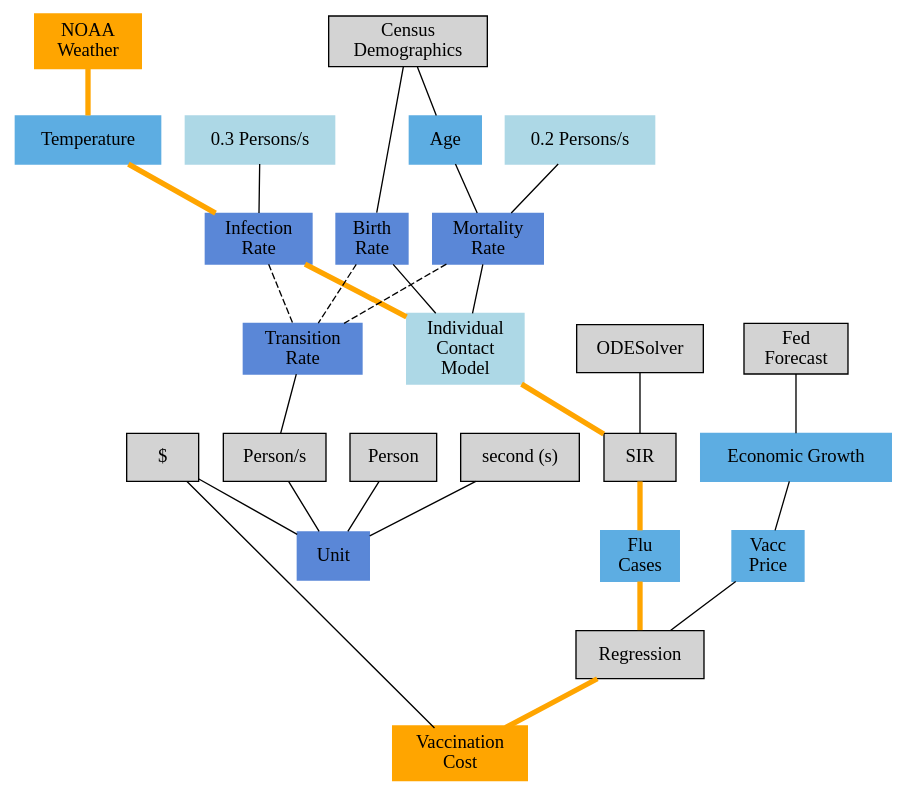
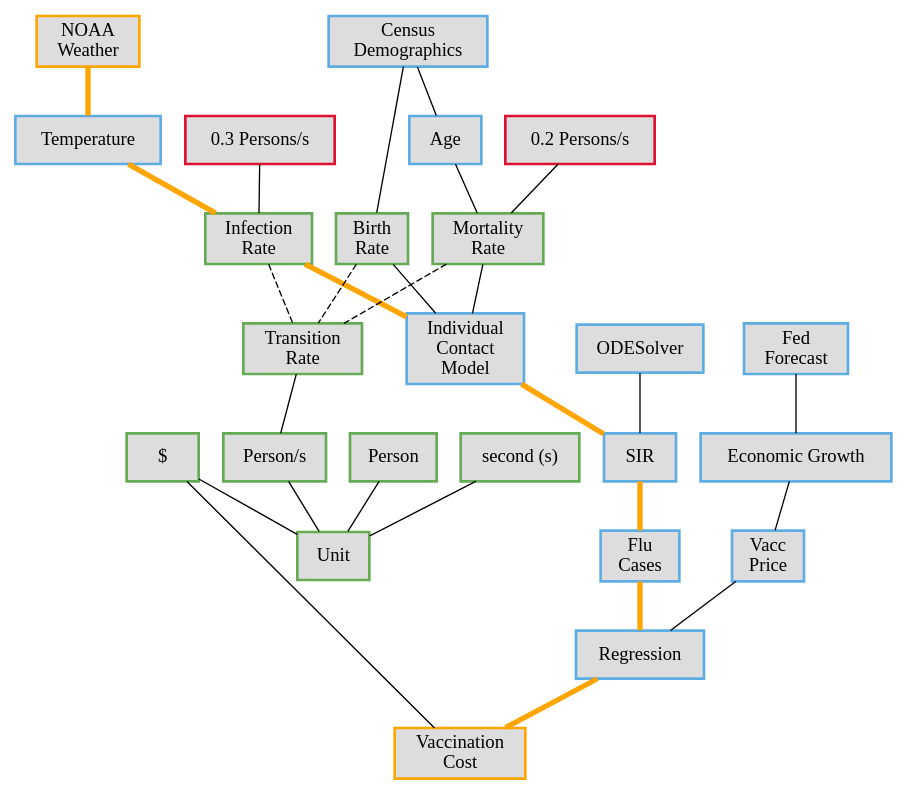
One commit to jpfairbanks/SemanticModels.jl changed the diagram in doc/src/img/knowledge_reasoning_path.dot. Above: the diagram before and after it, drawn with Graphviz. The commit also changed 6 other files, not shown here.

```diff
--- a/doc/src/img/knowledge_reasoning_path.dot
+++ b/doc/src/img/knowledge_reasoning_path.dot
@@ -1,73 +1,74 @@
 digraph G {
   splines=false
   #fontsize=10
   #edge[weight=.2]
   #ratio=0.25
   #scale="10:1"
   #size=5,2
   pack="true"
   #rankdir="LR"
   edge [dir="none"]
-  node [shape="record", style="filled"]
+  node [shape="record", style="filled", fillcolor="#dddddd",penwidth=2.0]
   ind -> epi [color=orange,penwidth=4.0]
   inf-> ind [color=orange,penwidth=4.0]
   thirty -> inf
   twenty -> mort
   mort -> ind
   mort -> rate [style="dashed"]
   inf -> rate [style="dashed"]
   birth -> rate [style="dashed"]
   birth -> ind
 
   rate -> personper
   person   -> unit
   personper-> unit
   second   -> unit
   dollars -> unit
 
-  fed     [label="Fed\nForecast"]
-  demo    [label="Census\nDemographics"]
-  weather [label="NOAA\nWeather", color=orange,penwidth=4.0]
-  cost    [label="Vaccination\nCost", color=orange,penwidth=4.0]
+  weather [label="NOAA\nWeather", color="orange"]
+  cost    [label="Vaccination\nCost", color="orange"]
+
+  node [color="#5DADE2"]
+  fed  [label="Fed\nForecast"]
+  demo [label="Census\nDemographics"]
+  epi  [label="SIR", color="#5DADE2"]
+  ode  [label="ODESolver"]
 
 
-  epi [label="SIR", pos="1,1"]
-  ode [label="ODESolver"]
+  rate [label="{Transition\nRate}", color="#66AA55"]
+  unit [label="Unit", color="#66AA55"]
+  personper [label="Person/s", color="#66AA55"]
+  person [label="Person", color="#66AA55"]
+  second [label="second (s)", color="#66AA55"]
+  dollars [label="$", color="#66AA55"]
 
-  rate [label="{Transition\nRate}", color="#5a87d7"]
-  unit [label="Unit", color="#5a87d7"]
-  personper [label="Person/s", color=""]
-  person [label="Person", color=""]
-  second [label="second (s)", color=""]
-  inf [label="Infection\nRate", color="#5a87d7"]
-  mort [label="Mortality\nRate", color="#5a87d7"]
-  node [color="lightblue"]
-  ind [label="Individual\nContact\nModel",color="lightblue", pos="0,1"]
-  birth [label="Birth\nRate",color="#5a87d7"]
-  twenty [label="0.2 Persons/s", color="lightblue"]
-  thirty [label="0.3 Persons/s", color="lightblue"]
+  inf [label="Infection\nRate", color="#66AA55"]
+  mort [label="Mortality\nRate", color="#66AA55"]
+  birth [label="Birth\nRate",color="#66AA55"]
+  twenty [label="0.2 Persons/s", color="#DD1133"]
+  thirty [label="0.3 Persons/s", color="#DD1133"]
 
+  ind [label="Individual\nContact\nModel",color="#5DADE2", pos="0,1"]
   temp [label="Temperature", color="#5DADE2"]
   age  [label="Age", color="#5DADE2"]
   dGDP [label="Economic Growth", color="#5DADE2"]
   cases [label="Flu\nCases", color="#5DADE2"]
   prices [label="Vacc\nPrice", color="#5DADE2"]
-  dollars [label="$"]
 
   temp -> inf [color=orange,penwidth=4.0]
   age -> mort
   demo -> birth
   dGDP -> prices
   epi -> cases  [color=orange,penwidth=4.0]
   prices -> regres
   cases  -> regres [color=orange,penwidth=4.0]
 
   weather -> temp [color=orange,penwidth=4.0]
   demo-> age
   fed -> dGDP
 
   ode -> epi
   regres -> cost [color=orange,penwidth=4.0]
   dollars -> cost
-  regres [label="Regression",color=""]
+  regres [label="Regression"]
 }
```
